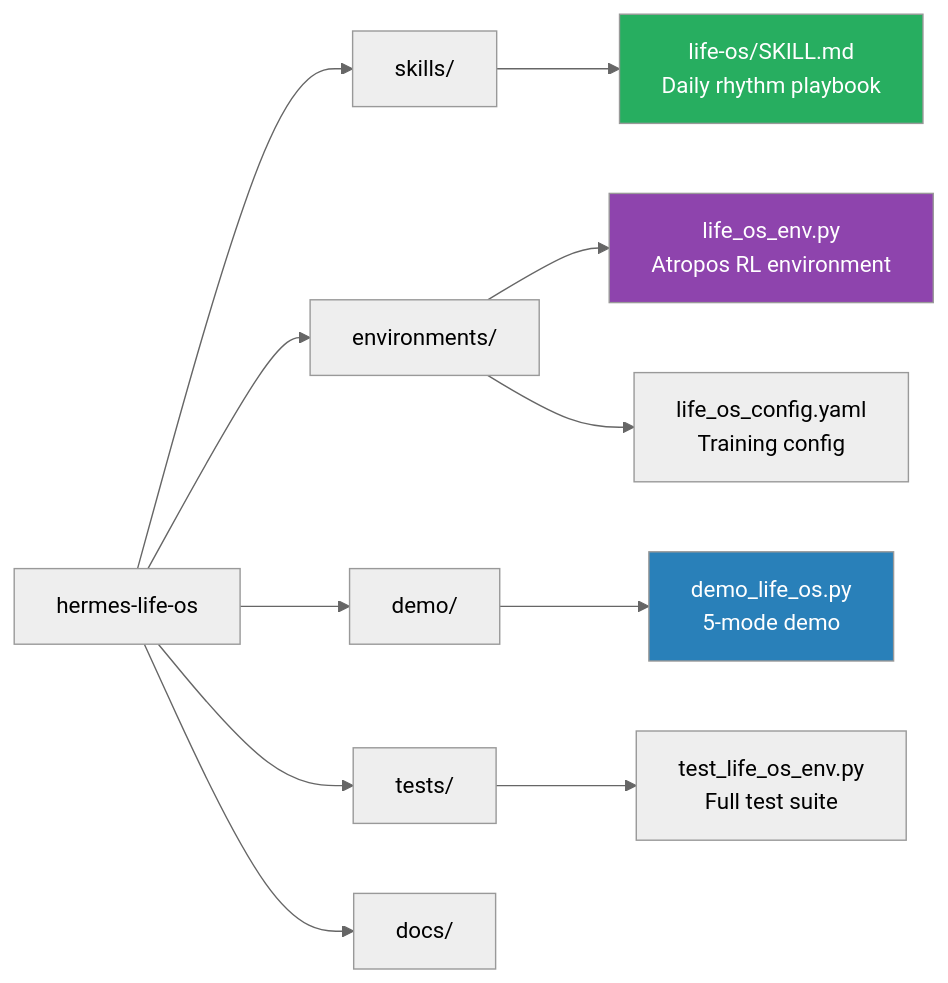
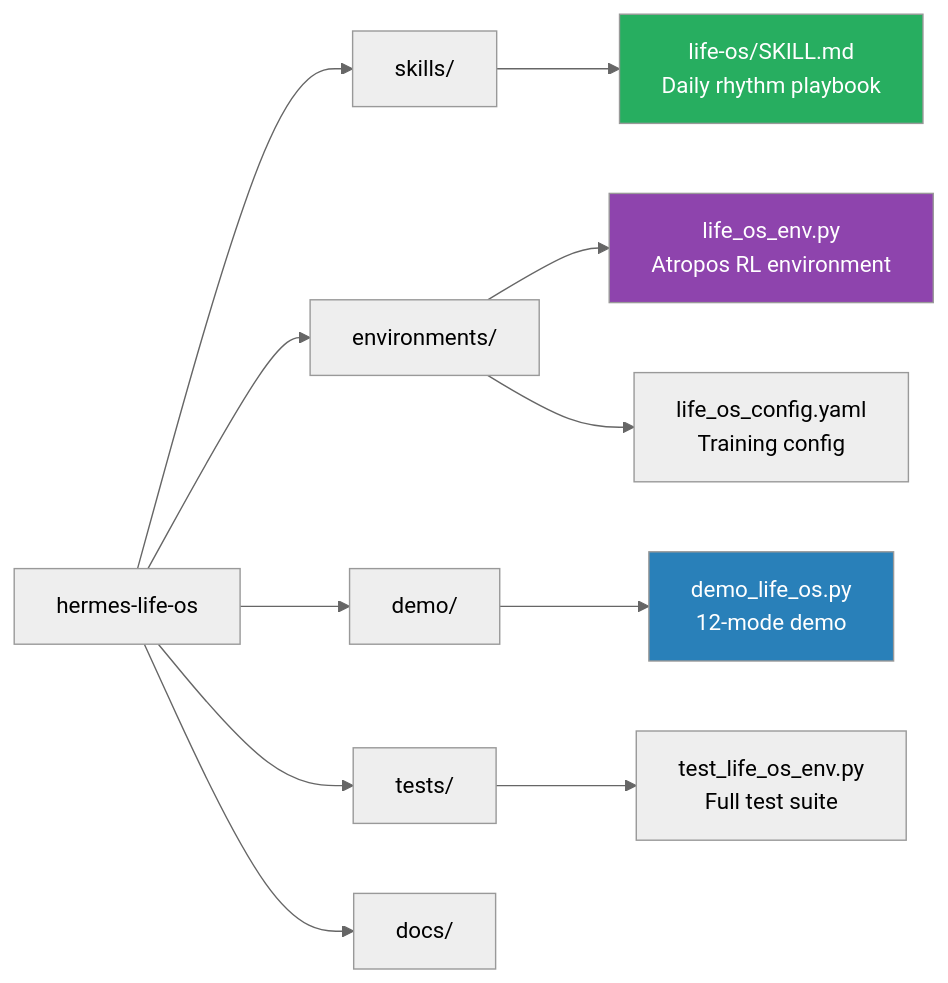
The third of 3 diagrams in README.md (Lethe044/hermes-life-os), drawn with Mermaid (neutral theme) before and after one commit. The commit also changed other lines of this file, not shown here.

````diff
--- a/README.md
+++ b/README.md
@@ -102,18 +133,18 @@
 ```mermaid
 graph LR
     A[hermes-life-os] --> B[skills/]
     A --> C[environments/]
     A --> D[demo/]
     A --> E[tests/]
     A --> F[docs/]
 
     B --> B1[life-os/SKILL.md<br/>Daily rhythm playbook]
     C --> C1[life_os_env.py<br/>Atropos RL environment]
     C --> C2[life_os_config.yaml<br/>Training config]
-    D --> D1[demo_life_os.py<br/>5-mode demo]
+    D --> D1[demo_life_os.py<br/>12-mode demo]
     E --> E1[test_life_os_env.py<br/>Full test suite]
 
     style B1 fill:#27ae60,color:#fff
     style C1 fill:#8e44ad,color:#fff
     style D1 fill:#2980b9,color:#fff
 ```
````
